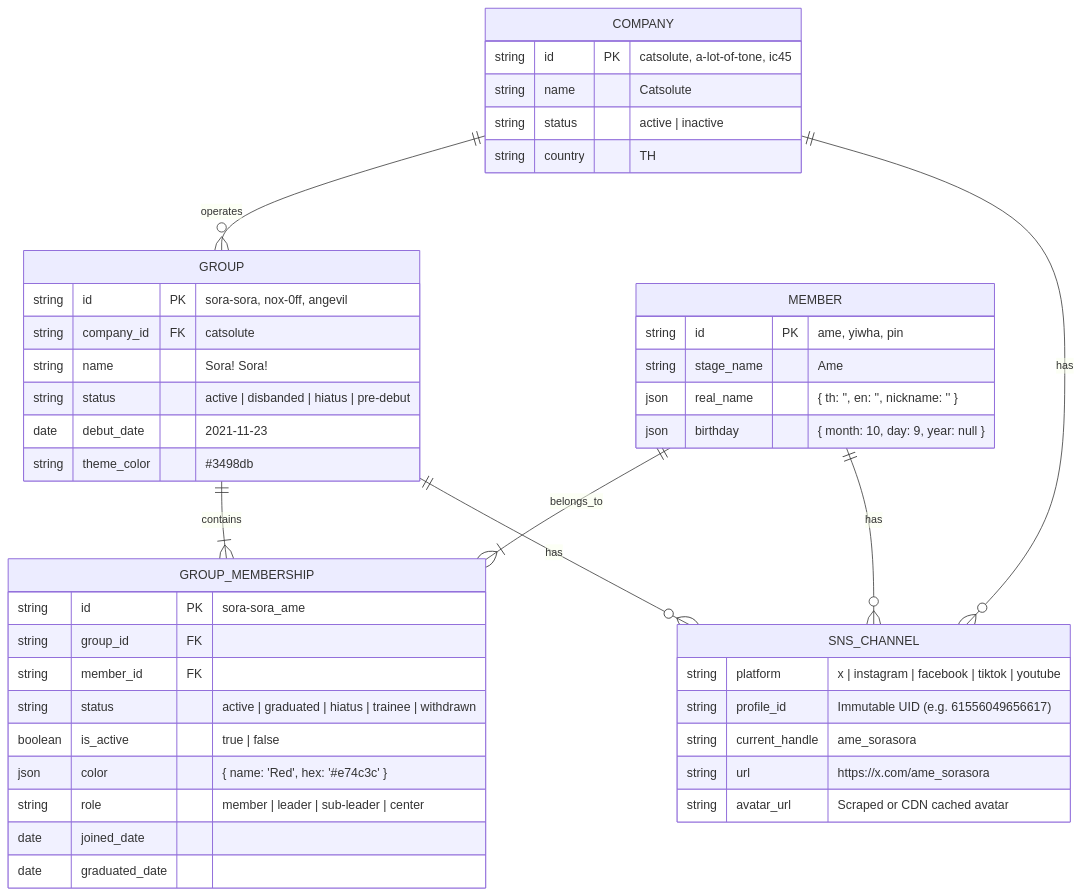
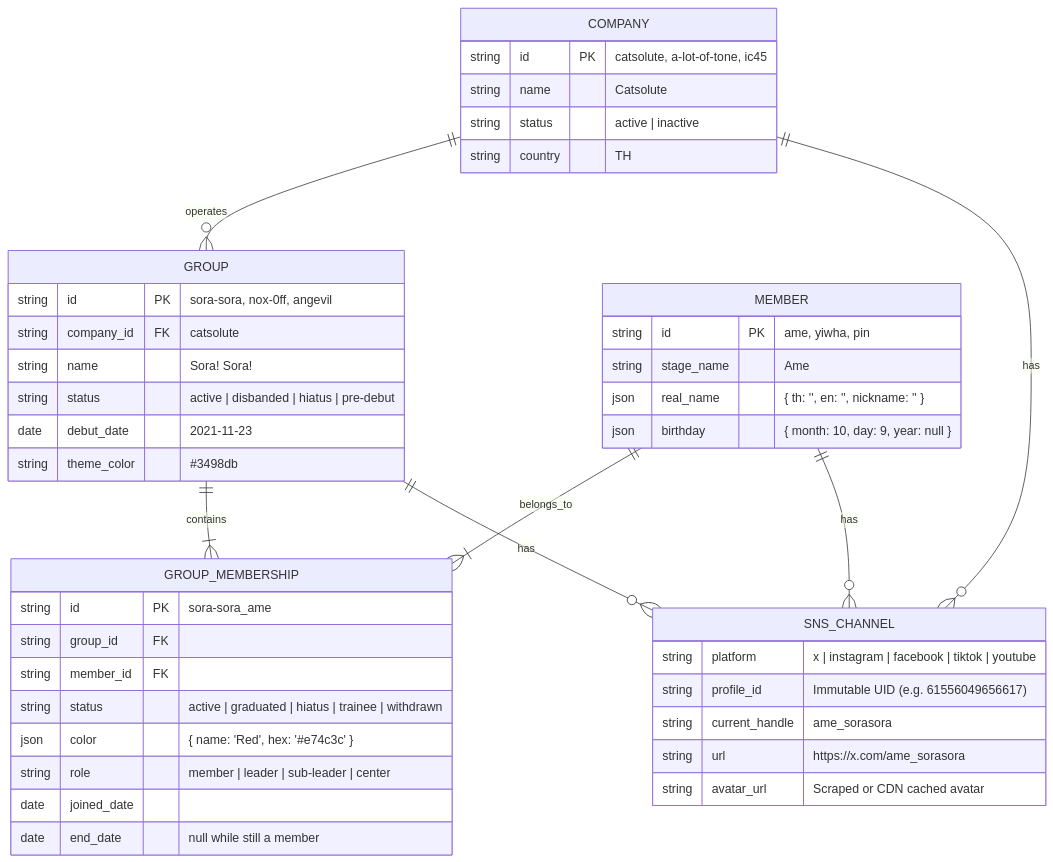
Before and after one commit to pavinss2/thaidoru-core: the first of 2 diagrams in requirements.md, drawn with Mermaid. The commit also changed other lines of this file and 5 other files, not shown here.

First line of the commit message:
Drop duplicate membership fields: is_active and graduated_date

````diff
--- a/requirements.md
+++ b/requirements.md
@@ -33,52 +33,51 @@
 ```mermaid
 erDiagram
     COMPANY ||--o{ GROUP : operates
     GROUP ||--|{ GROUP_MEMBERSHIP : contains
     MEMBER ||--|{ GROUP_MEMBERSHIP : belongs_to
     COMPANY ||--o{ SNS_CHANNEL : has
     GROUP ||--o{ SNS_CHANNEL : has
     MEMBER ||--o{ SNS_CHANNEL : has
 
     COMPANY {
         string id PK "catsolute, a-lot-of-tone, ic45"
         string name "Catsolute"
         string status "active | inactive"
         string country "TH"
     }
 
     GROUP {
         string id PK "sora-sora, nox-0ff, angevil"
         string company_id FK "catsolute"
         string name "Sora! Sora!"
         string status "active | disbanded | hiatus | pre-debut"
         date debut_date "2021-11-23"
         string theme_color "#3498db"
     }
 
     MEMBER {
         string id PK "ame, yiwha, pin"
         string stage_name "Ame"
         json real_name "{ th: '', en: '', nickname: '' }"
         json birthday "{ month: 10, day: 9, year: null }"
     }
 
     GROUP_MEMBERSHIP {
         string id PK "sora-sora_ame"
         string group_id FK
         string member_id FK
         string status "active | graduated | hiatus | trainee | withdrawn"
-        boolean is_active "true | false"
         json color "{ name: 'Red', hex: '#e74c3c' }"
         string role "member | leader | sub-leader | center"
         date joined_date
-        date graduated_date
+        date end_date "null while still a member"
     }
 
     SNS_CHANNEL {
         string platform "x | instagram | facebook | tiktok | youtube"
         string profile_id "Immutable UID (e.g. 61556049656617)"
         string current_handle "ame_sorasora"
         string url "https://x.com/ame_sorasora"
         string avatar_url "Scraped or CDN cached avatar"
     }
 ```
````
